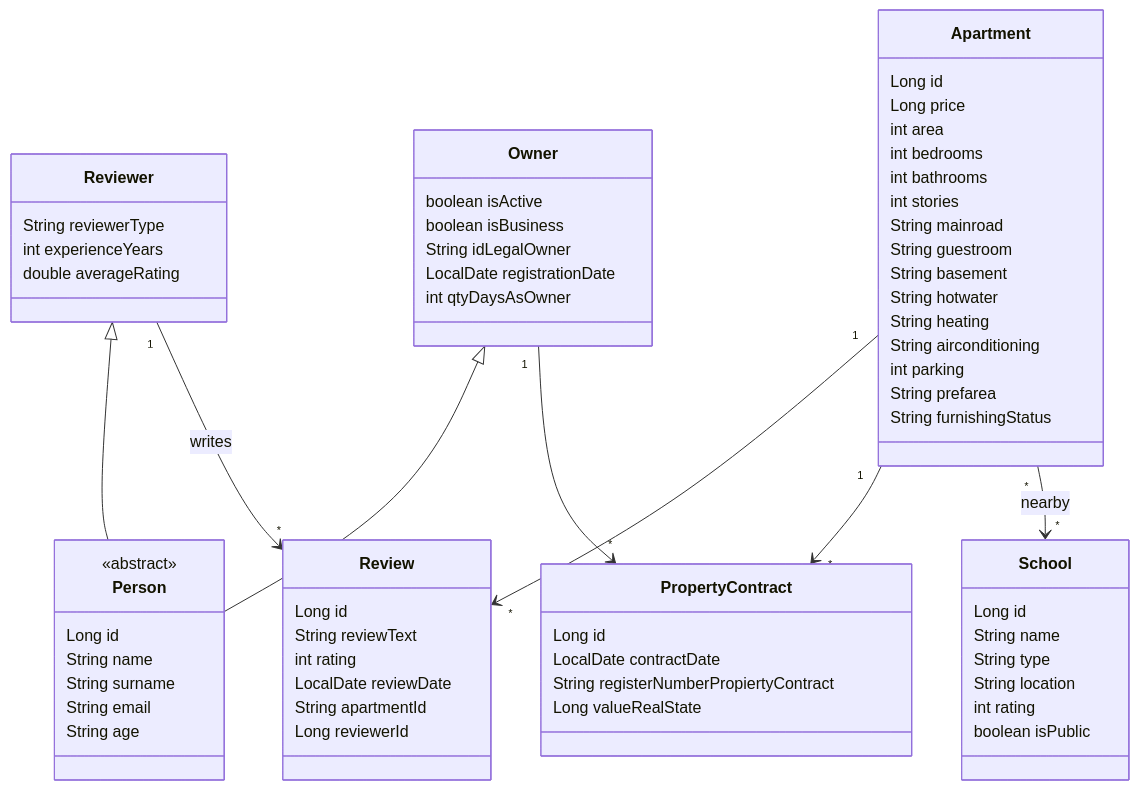
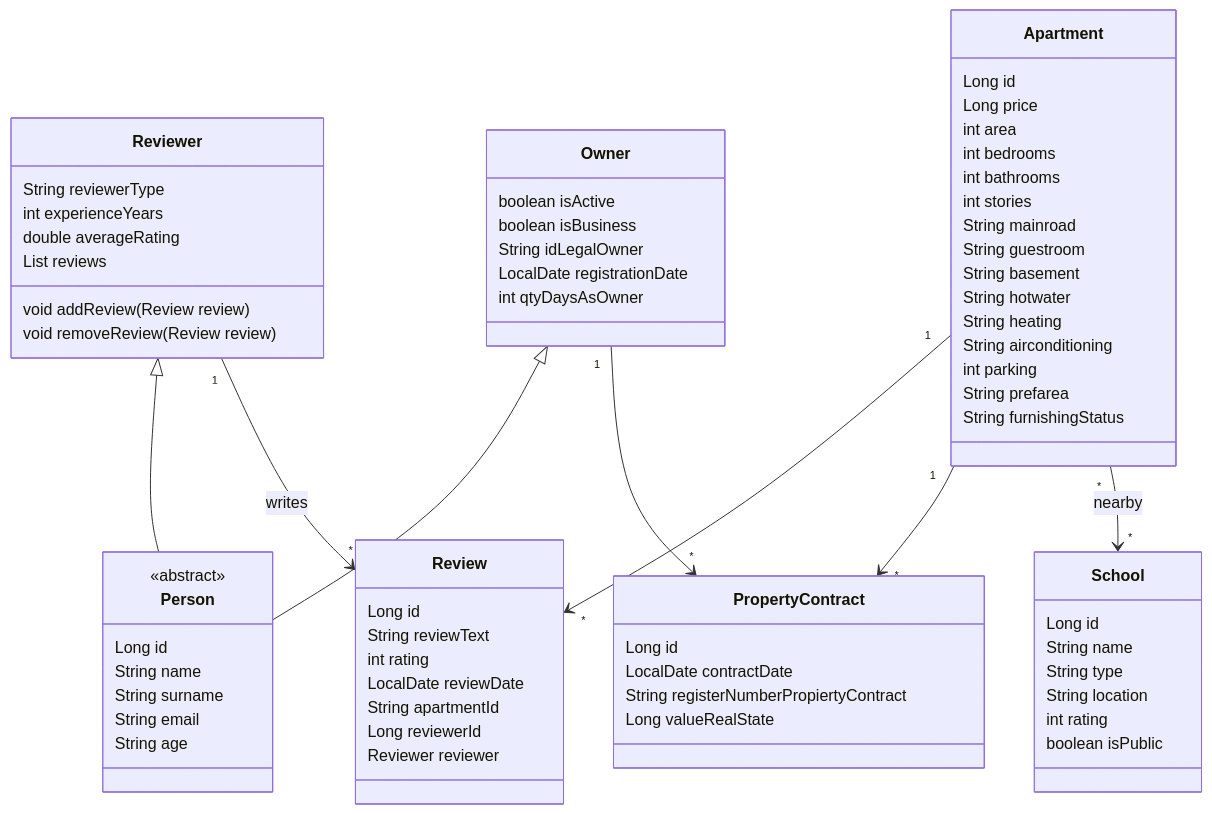
Before and after one commit to EricBM19/ApartmentPredictor-Spring-Backend: the diagram in docs/apartmentPredictor-masterDoc.md, drawn with Mermaid. The commit also changed other lines of this file and 5 other files, not shown here.

Commit message:
Code: Review and Reviewer anotations configurated & Docs: UML and classes updated.

````diff
--- a/docs/apartmentPredictor-masterDoc.md
+++ b/docs/apartmentPredictor-masterDoc.md
@@ -126,78 +134,82 @@
 ```mermaid
 classDiagram
 direction TB
     class Person {
 	    Long id
 	    String name
 		String surname
 	    String email
 	    String age
     }
 
     class Reviewer {
 	    String reviewerType
 	    int experienceYears
 	    double averageRating
+		List<Review> reviews
+        void addReview(Review review)
+		void removeReview(Review review)
     }
 
     class Owner {
 	    boolean isActive
 	    boolean isBusiness
 	    String idLegalOwner
 	    LocalDate registrationDate
 	    int qtyDaysAsOwner
     }
 
     class Review {
 	    Long id
 	    String reviewText
 	    int rating
 	    LocalDate reviewDate
 	    String apartmentId
 	    Long reviewerId
+		Reviewer reviewer
     }
 
     class Apartment {
 	    Long id
 	    Long price
 	    int area
 	    int bedrooms
 	    int bathrooms
 	    int stories
 	    String mainroad
 	    String guestroom
 	    String basement
 	    String hotwater
 	    String heating
 	    String airconditioning
 	    int parking
 	    String prefarea
 	    String furnishingStatus
     }
 
     class PropertyContract {
 		Long id
 		LocalDate contractDate
 		String registerNumberPropiertyContract
 		Long valueRealState
     }
 
     class School {
 	    Long id
 	    String name
 	    String type
 	    String location
 	    int rating
 	    boolean isPublic
     }
 
 	<<abstract>> Person
 
     Reviewer <|-- Person
     Owner <|-- Person
     Reviewer "1" --> "*" Review : writes
     Apartment "1" --> "*" Review
     Apartment "1" --> "*" PropertyContract
     Owner "1" --> "*" PropertyContract
     Apartment "*" --> "*" School : nearby
 ```
````
